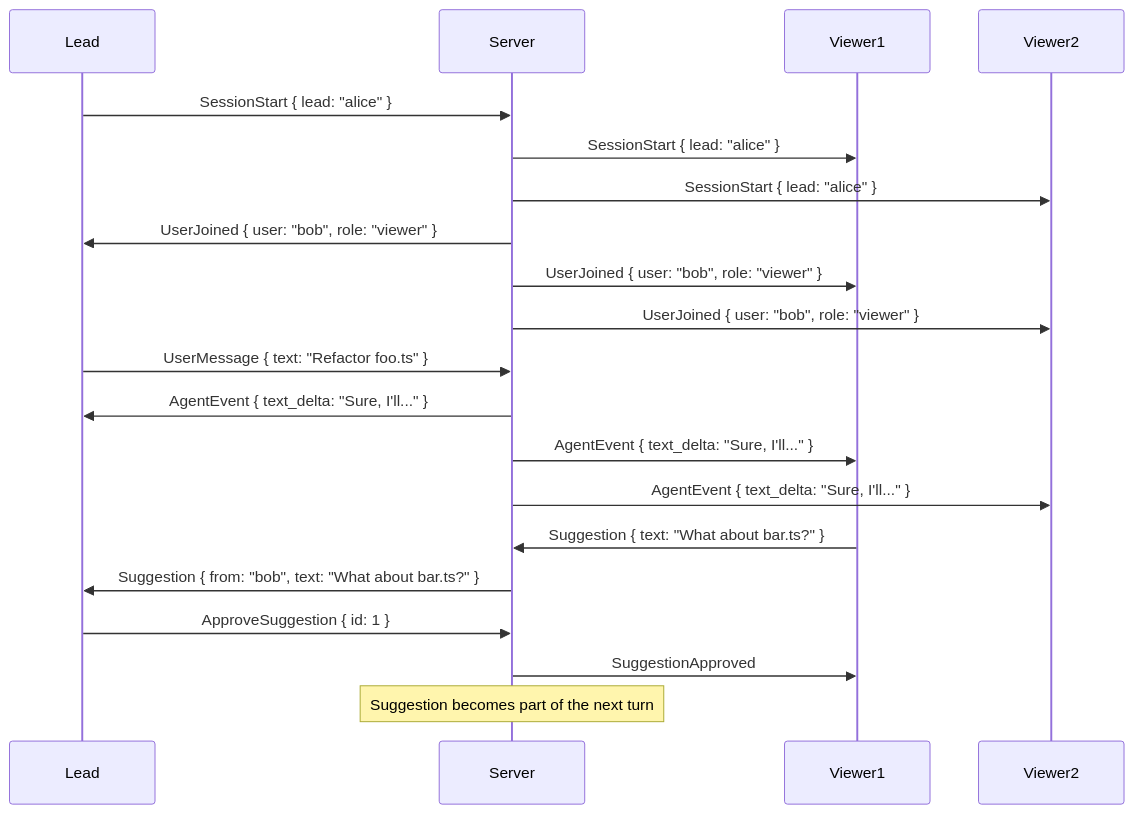
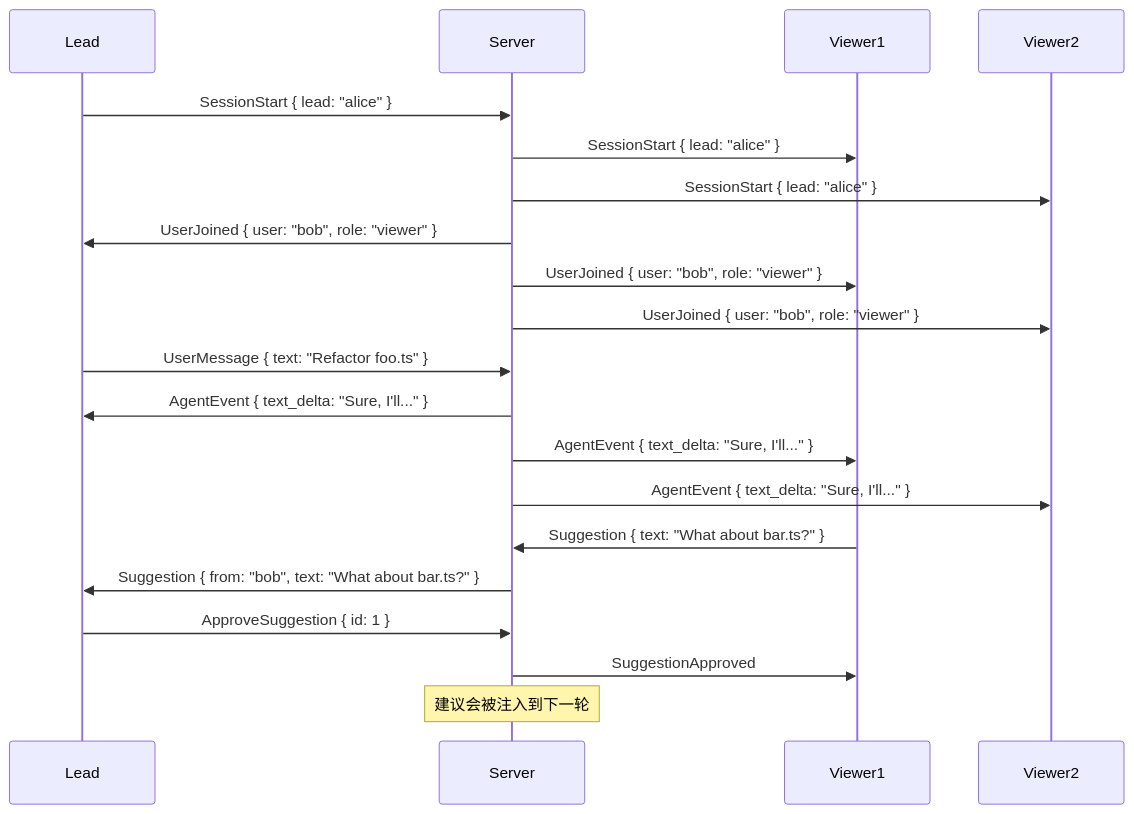
The sixth of 6 diagrams in docs-site/docs/14-collab-web.md (YeLuo45/oh-my-pi-design), drawn with Mermaid before and after one commit. The commit also changed other lines of this file and 37 other files, not shown here.

````diff
--- a/docs-site/docs/14-collab-web.md
+++ b/docs-site/docs/14-collab-web.md
@@ -370,26 +370,26 @@
 ```mermaid
 sequenceDiagram
     participant Lead
     participant Server
     participant Viewer1
     participant Viewer2
 
     Lead->>Server: SessionStart { lead: "alice" }
     Server->>Viewer1: SessionStart { lead: "alice" }
     Server->>Viewer2: SessionStart { lead: "alice" }
-    
+
     Server->>Lead: UserJoined { user: "bob", role: "viewer" }
     Server->>Viewer1: UserJoined { user: "bob", role: "viewer" }
     Server->>Viewer2: UserJoined { user: "bob", role: "viewer" }
-    
+
     Lead->>Server: UserMessage { text: "Refactor foo.ts" }
     Server->>Lead: AgentEvent { text_delta: "Sure, I'll..." }
     Server->>Viewer1: AgentEvent { text_delta: "Sure, I'll..." }
     Server->>Viewer2: AgentEvent { text_delta: "Sure, I'll..." }
-    
+
     Viewer1->>Server: Suggestion { text: "What about bar.ts?" }
     Server->>Lead: Suggestion { from: "bob", text: "What about bar.ts?" }
     Lead->>Server: ApproveSuggestion { id: 1 }
     Server->>Viewer1: SuggestionApproved
-    Note over Server: Suggestion becomes part of the next turn
+    Note over Server: 建议会被注入到下一轮
 ```
````
